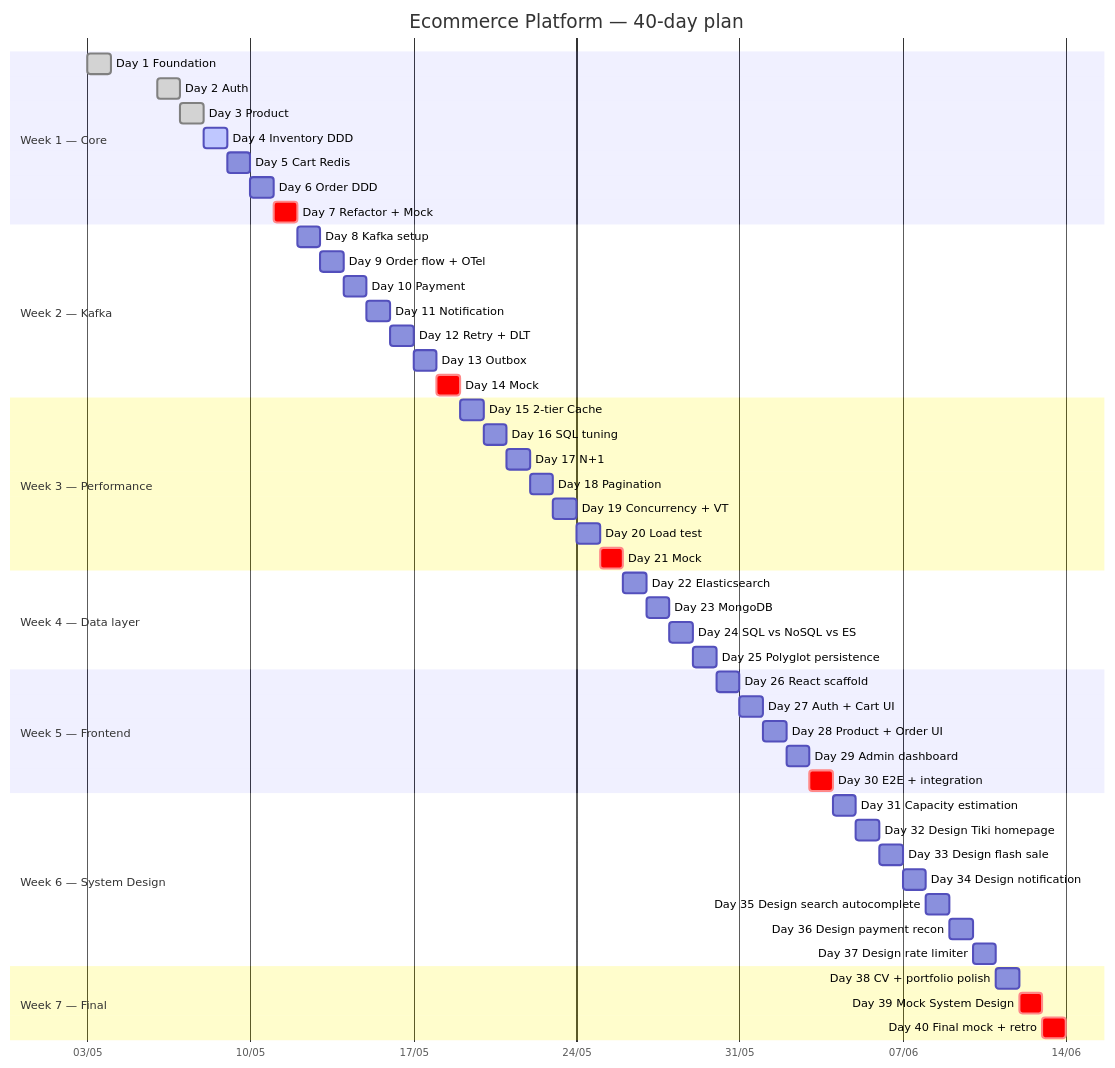
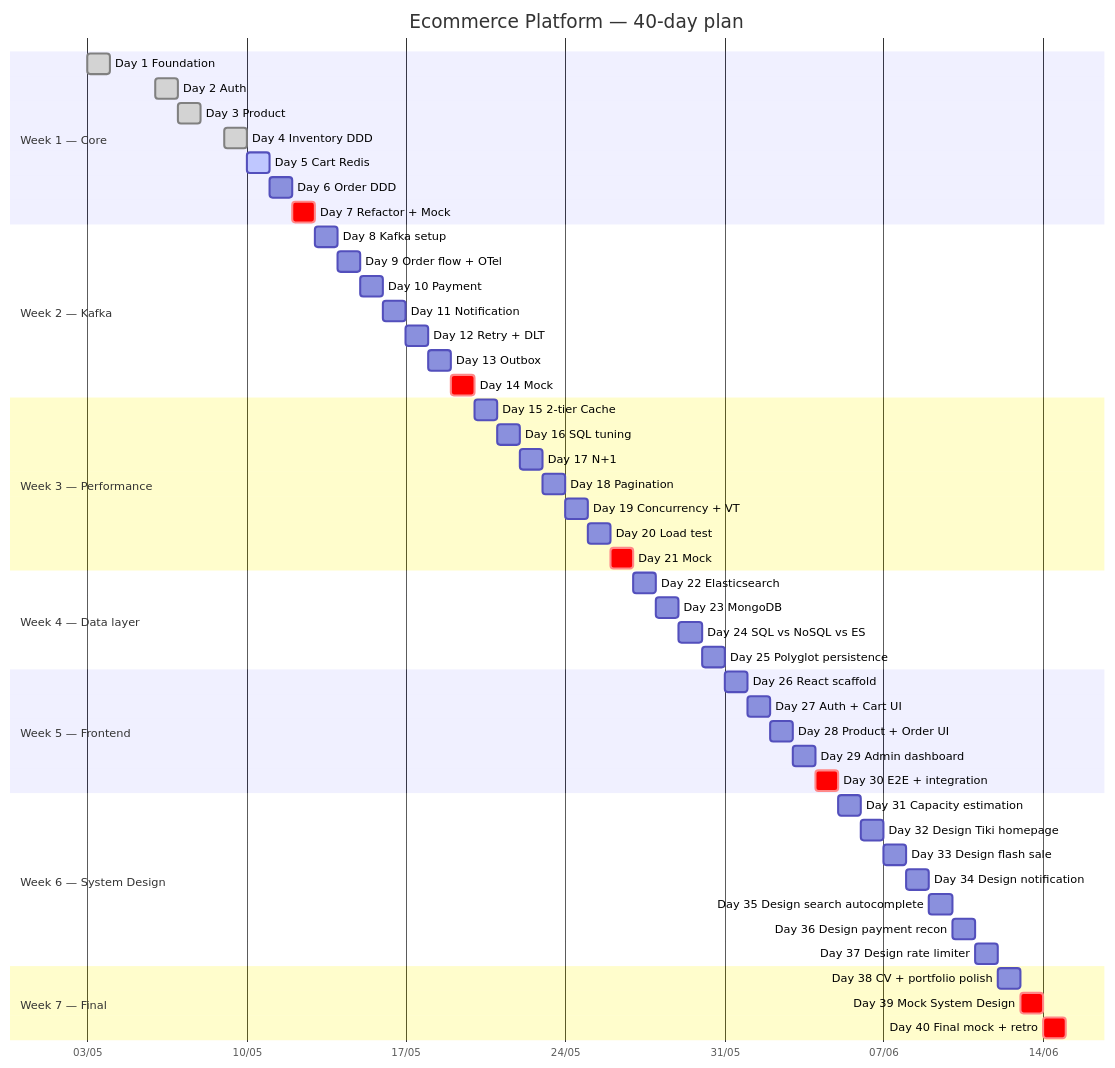
The diagram in docs/ROADMAP.md (codevuichamcom/ecommerce-platform), drawn with Mermaid before and after one commit. The commit also changed other lines of this file and 28 other files, not shown here.

First line of the commit message:
feat(inventory): add Stock aggregate (DDD) with optimistic lock + retry

````diff
--- a/docs/ROADMAP.md
+++ b/docs/ROADMAP.md
@@ -50,60 +50,60 @@
 ```mermaid
 gantt
     title Ecommerce Platform — 40-day plan
     dateFormat  YYYY-MM-DD
     axisFormat  %d/%m
 
     section Week 1 — Core
     Day 1 Foundation              :done,    d1, 2026-05-03, 1d
     Day 2 Auth                    :done,    d2, 2026-05-06, 1d
     Day 3 Product                 :done,    d3, 2026-05-07, 1d
-    Day 4 Inventory DDD           :active,  d4, after d3, 1d
-    Day 5 Cart Redis              :         d5, after d4, 1d
+    Day 4 Inventory DDD           :done,    d4, 2026-05-09, 1d
+    Day 5 Cart Redis              :active,  d5, after d4, 1d
     Day 6 Order DDD               :         d6, after d5, 1d
     Day 7 Refactor + Mock         :crit,    d7, after d6, 1d
 
     section Week 2 — Kafka
     Day 8 Kafka setup             :         d8, after d7, 1d
     Day 9 Order flow + OTel       :         d9, after d8, 1d
     Day 10 Payment                :         d10, after d9, 1d
     Day 11 Notification           :         d11, after d10, 1d
     Day 12 Retry + DLT            :         d12, after d11, 1d
     Day 13 Outbox                 :         d13, after d12, 1d
     Day 14 Mock                   :crit,    d14, after d13, 1d
 
     section Week 3 — Performance
     Day 15 2-tier Cache           :         d15, after d14, 1d
     Day 16 SQL tuning             :         d16, after d15, 1d
     Day 17 N+1                    :         d17, after d16, 1d
     Day 18 Pagination             :         d18, after d17, 1d
     Day 19 Concurrency + VT       :         d19, after d18, 1d
     Day 20 Load test              :         d20, after d19, 1d
     Day 21 Mock                   :crit,    d21, after d20, 1d
 
     section Week 4 — Data layer
     Day 22 Elasticsearch          :         d22, after d21, 1d
     Day 23 MongoDB                :         d23, after d22, 1d
     Day 24 SQL vs NoSQL vs ES     :         d24, after d23, 1d
     Day 25 Polyglot persistence   :         d25, after d24, 1d
 
     section Week 5 — Frontend
     Day 26 React scaffold         :         d26, after d25, 1d
     Day 27 Auth + Cart UI         :         d27, after d26, 1d
     Day 28 Product + Order UI     :         d28, after d27, 1d
     Day 29 Admin dashboard        :         d29, after d28, 1d
     Day 30 E2E + integration      :crit,    d30, after d29, 1d
 
     section Week 6 — System Design
     Day 31 Capacity estimation    :         d31, after d30, 1d
     Day 32 Design Tiki homepage   :         d32, after d31, 1d
     Day 33 Design flash sale      :         d33, after d32, 1d
     Day 34 Design notification    :         d34, after d33, 1d
     Day 35 Design search autocomplete :     d35, after d34, 1d
     Day 36 Design payment recon   :         d36, after d35, 1d
     Day 37 Design rate limiter    :         d37, after d36, 1d
 
     section Week 7 — Final
     Day 38 CV + portfolio polish  :         d38, after d37, 1d
     Day 39 Mock System Design     :crit,    d39, after d38, 1d
     Day 40 Final mock + retro     :crit,    d40, after d39, 1d
 ```
````
